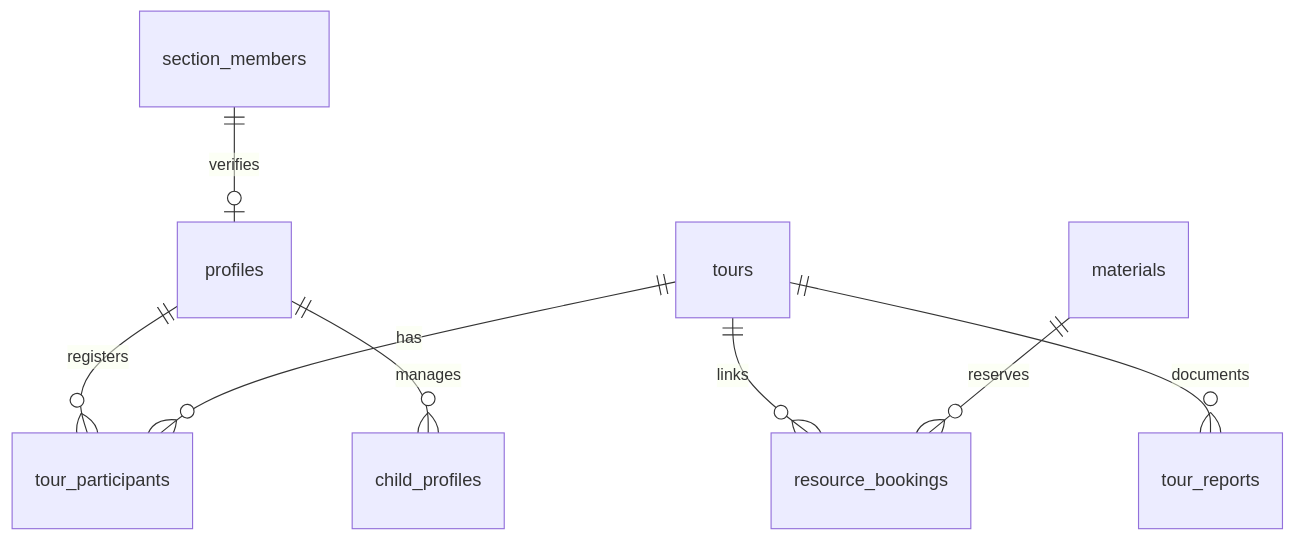
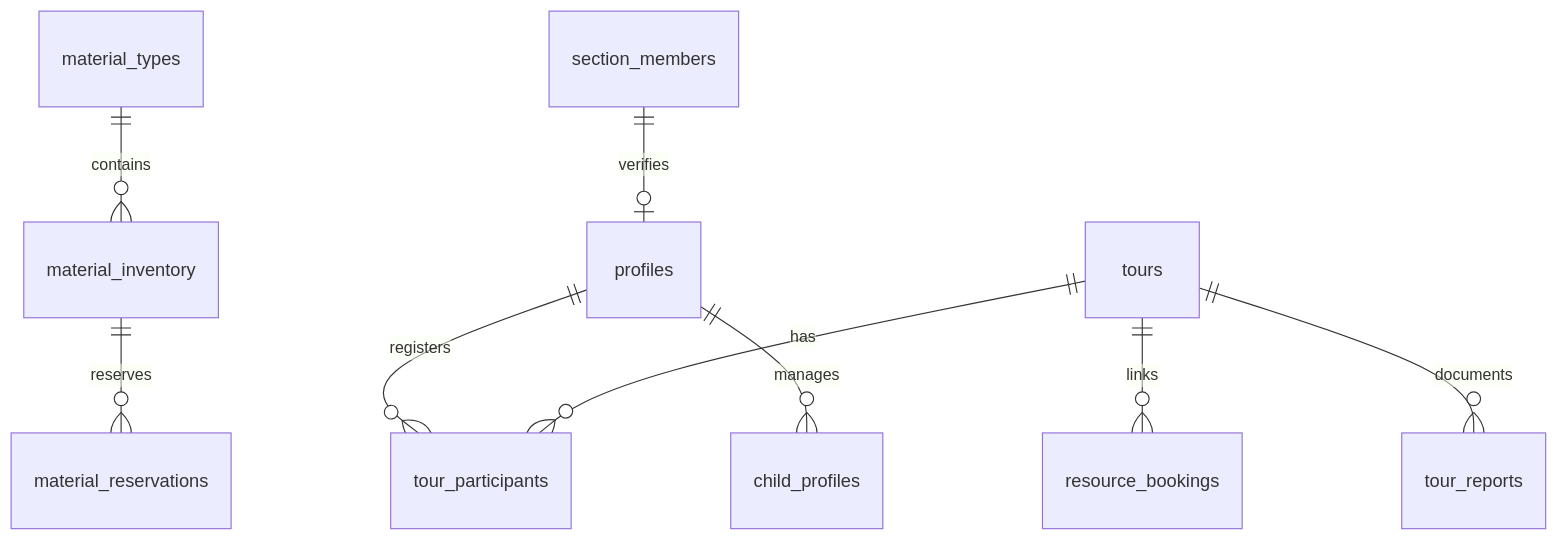
One commit to wagnerpa1/davpan changed the diagram in docs/database-and-security/database-schema-and-rpcs.md. Above: the diagram before and after it, drawn with Mermaid. The commit also changed other lines of this file and 7 other files, not shown here.

````diff
--- a/docs/database-and-security/database-schema-and-rpcs.md
+++ b/docs/database-and-security/database-schema-and-rpcs.md
@@ -9,10 +9,11 @@
 ```mermaid
 erDiagram
     profiles ||--o{ tour_participants : registers
     tours ||--o{ tour_participants : has
     tours ||--o{ resource_bookings : links
-    materials ||--o{ resource_bookings : reserves
+    material_types ||--o{ material_inventory : contains
+    material_inventory ||--o{ material_reservations : reserves
     profiles ||--o{ child_profiles : manages
     tours ||--o{ tour_reports : documents
     section_members ||--o| profiles : verifies
 ```
````
